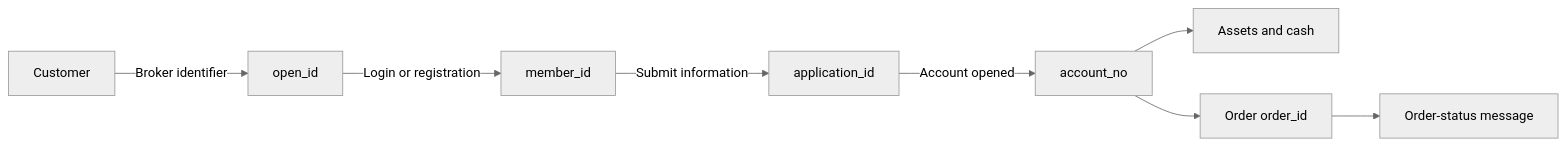
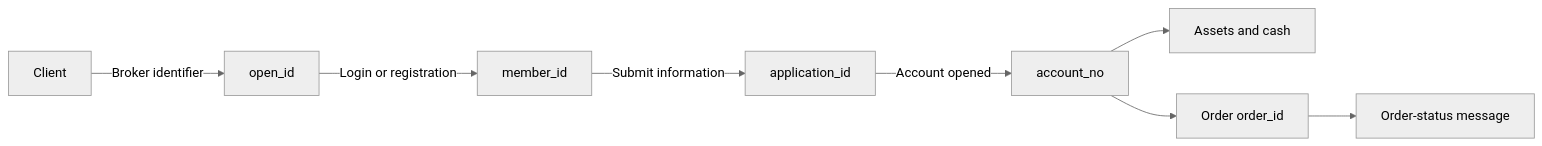
Before and after one commit to longbridge/whale-docs: the first of 2 diagrams in docs/en/docs/concepts.mdx, drawn with Mermaid (neutral theme). The commit also changed other lines of this file and 72 other files, not shown here.

First line of the commit message:
docs: rename Customer to Client and scope heading anchors to docs/

````diff
--- a/docs/en/docs/concepts.mdx
+++ b/docs/en/docs/concepts.mdx
@@ -20,10 +20,10 @@
 ```mermaid
 flowchart LR
-    A[Customer] -->|Broker identifier| B[open_id]
+    A[Client] -->|Broker identifier| B[open_id]
     B -->|Login or registration| C[member_id]
     C -->|Submit information| D[application_id]
     D -->|Account opened| E[account_no]
     E --> F[Assets and cash]
     E --> G[Order order_id]
     G --> H[Order-status message]
 ```
````
